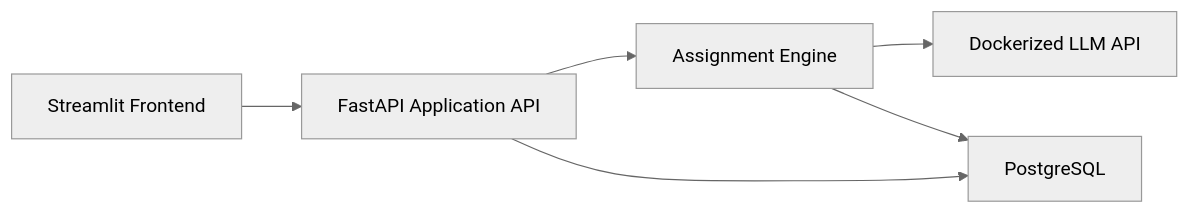
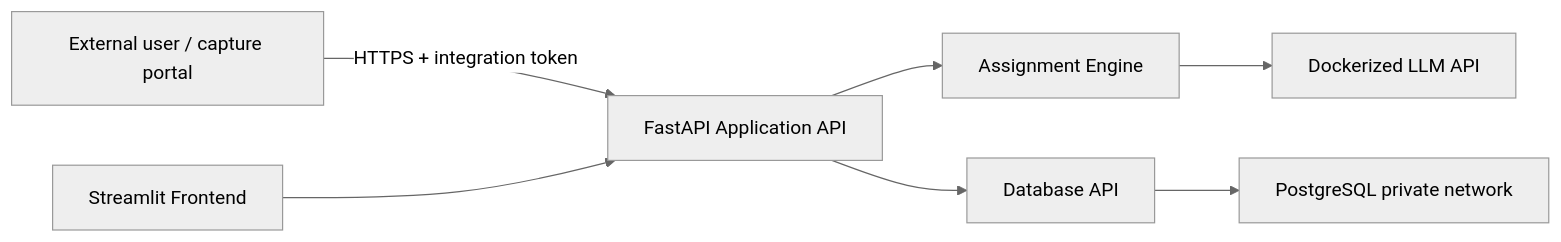
The first of 3 diagrams in diagrams/sales_assignment_system_architecture.md (emoralesv/assigment_test_emoralesv), drawn with Mermaid (neutral theme) before and after one commit. The commit also changed other lines of this file and 24 other files, not shown here.

Commit message:
updated README and architecture

````diff
--- a/diagrams/sales_assignment_system_architecture.md
+++ b/diagrams/sales_assignment_system_architecture.md
@@ -21,8 +22,9 @@
 ```mermaid
 flowchart LR
+    EXT["External user / capture portal"] -->|HTTPS + integration token| API
     UI["Streamlit Frontend"] --> API["FastAPI Application API"]
     API --> ENG["Assignment Engine"]
-    API --> DB["PostgreSQL"]
+    API --> DATA["Database API"]
+    DATA --> DB["PostgreSQL private network"]
     ENG --> LLM["Dockerized LLM API"]
-    ENG --> DB
 ```
````
